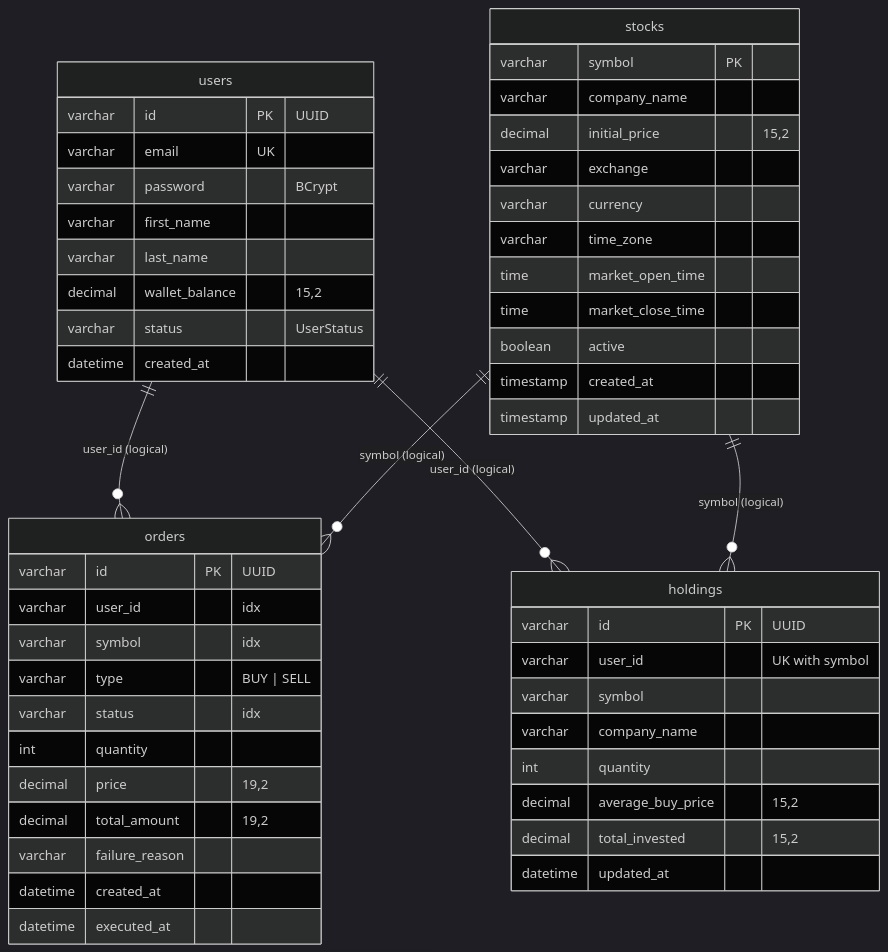
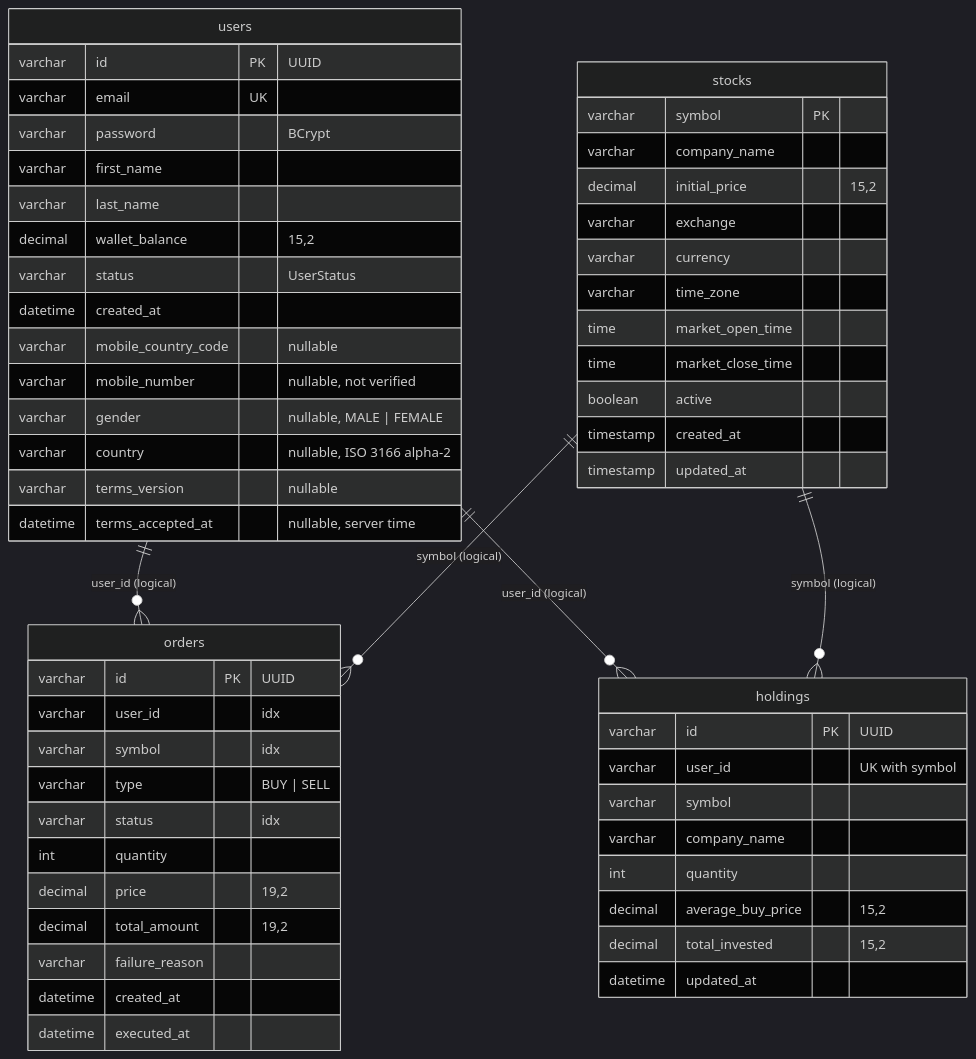
The sixth of 6 diagrams in docs/technical-documentation.md (reddyshankarprogrammer/stock-market-system), drawn with Mermaid (dark theme) before and after one commit. The commit also changed 12 other files, not shown here.

````diff
--- a/docs/technical-documentation.md
+++ b/docs/technical-documentation.md
@@ -361,53 +361,59 @@
 ```mermaid
 erDiagram
     users {
         varchar id PK "UUID"
         varchar email UK
         varchar password "BCrypt"
         varchar first_name
         varchar last_name
         decimal wallet_balance "15,2"
         varchar status "UserStatus"
         datetime created_at
+        varchar mobile_country_code "nullable"
+        varchar mobile_number "nullable, not verified"
+        varchar gender "nullable, MALE | FEMALE"
+        varchar country "nullable, ISO 3166 alpha-2"
+        varchar terms_version "nullable"
+        datetime terms_accepted_at "nullable, server time"
     }
     orders {
         varchar id PK "UUID"
         varchar user_id "idx"
         varchar symbol "idx"
         varchar type "BUY | SELL"
         varchar status "idx"
         int quantity
         decimal price "19,2"
         decimal total_amount "19,2"
         varchar failure_reason
         datetime created_at
         datetime executed_at
     }
     holdings {
         varchar id PK "UUID"
         varchar user_id "UK with symbol"
         varchar symbol
         varchar company_name
         int quantity
         decimal average_buy_price "15,2"
         decimal total_invested "15,2"
         datetime updated_at
     }
     stocks {
         varchar symbol PK
         varchar company_name
         decimal initial_price "15,2"
         varchar exchange
         varchar currency
         varchar time_zone
         time market_open_time
         time market_close_time
         boolean active
         timestamp created_at
         timestamp updated_at
     }
     users ||--o{ orders : "user_id (logical)"
     users ||--o{ holdings : "user_id (logical)"
     stocks ||--o{ orders : "symbol (logical)"
     stocks ||--o{ holdings : "symbol (logical)"
 ```
````
